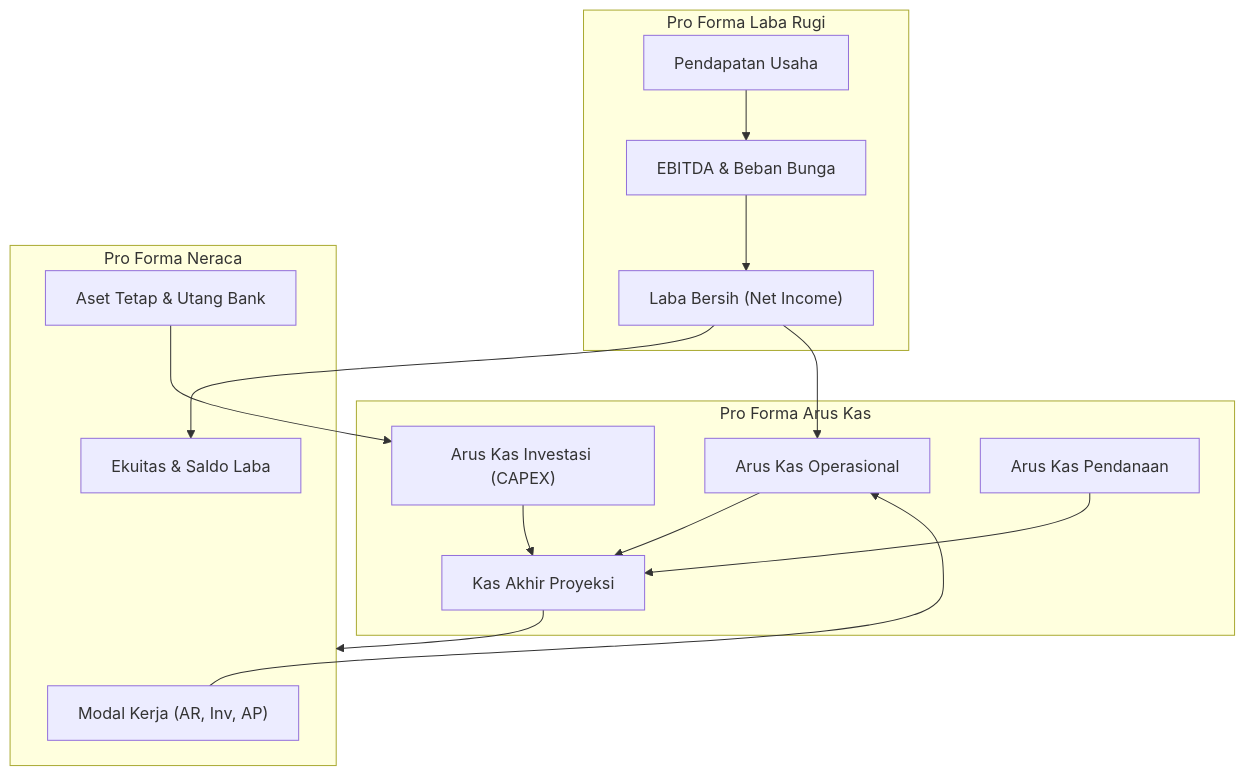
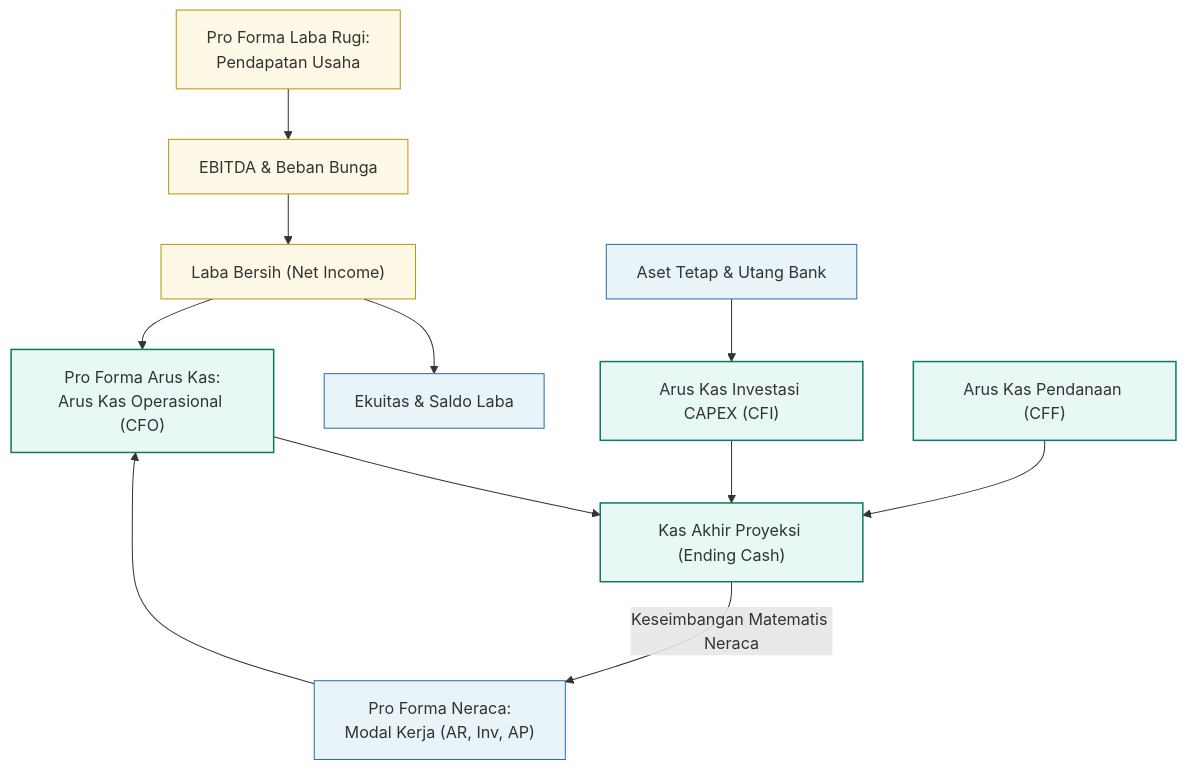
The third of 3 diagrams in content/07-finance/financial-planning.md (alimurrofid/erp-notes), drawn with Mermaid before and after one commit. The commit also changed other lines of this file and 58 other files, not shown here.

Commit message:
fix(content):Mermaid Subgraph

````diff
--- a/content/07-finance/financial-planning.md
+++ b/content/07-finance/financial-planning.md
@@ -100,28 +98,33 @@
 ```mermaid
 flowchart TD
-    subgraph PL["Pro Forma Laba Rugi"]
-        Rev["Pendapatan Usaha"]
-        EBITDA["EBITDA & Beban Bunga"]
-        NI["Laba Bersih (Net Income)"]
-    end
-    subgraph BS["Pro Forma Neraca"]
-        WC["Modal Kerja (AR, Inv, AP)"]
-        Fixed["Aset Tetap & Utang Bank"]
-        Equity["Ekuitas & Saldo Laba"]
-    end
-    subgraph CF["Pro Forma Arus Kas"]
-        CFO["Arus Kas Operasional"]
-        CFI["Arus Kas Investasi (CAPEX)"]
-        CFF["Arus Kas Pendanaan"]
-        EndCash["Kas Akhir Proyeksi"]
-    end
+    Rev["Pro Forma Laba Rugi:<br/>Pendapatan Usaha"]
+    EBITDA["EBITDA & Beban Bunga"]
+    NI["Laba Bersih (Net Income)"]
+
+    WC["Pro Forma Neraca:<br/>Modal Kerja (AR, Inv, AP)"]
+    Fixed["Aset Tetap & Utang Bank"]
+    Equity["Ekuitas & Saldo Laba"]
+
+    CFO["Pro Forma Arus Kas:<br/>Arus Kas Operasional (CFO)"]
+    CFI["Arus Kas Investasi CAPEX (CFI)"]
+    CFF["Arus Kas Pendanaan (CFF)"]
+    EndCash["Kas Akhir Proyeksi (Ending Cash)"]
+
     Rev --> EBITDA --> NI
     NI --> Equity
     WC --> CFO
     NI --> CFO
     Fixed --> CFI
     CFO --> EndCash
     CFI --> EndCash
     CFF --> EndCash
-    EndCash --> BS
+    EndCash -->|"Keseimbangan Matematis Neraca"| WC
+
+    classDef pl fill:#fef9e7,stroke:#b7950b,stroke-width:1px;
+    classDef bs fill:#e8f4f8,stroke:#2b6cb0,stroke-width:1px;
+    classDef cf fill:#e8f8f5,stroke:#117864,stroke-width:1.5px;
+
+    class Rev,EBITDA,NI pl;
+    class WC,Fixed,Equity bs;
+    class CFO,CFI,CFF,EndCash cf;
 ```
````
